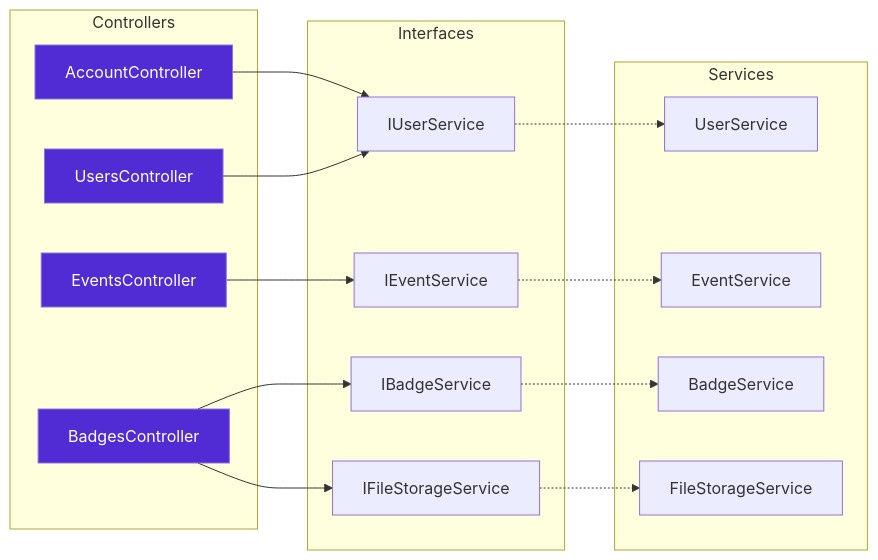
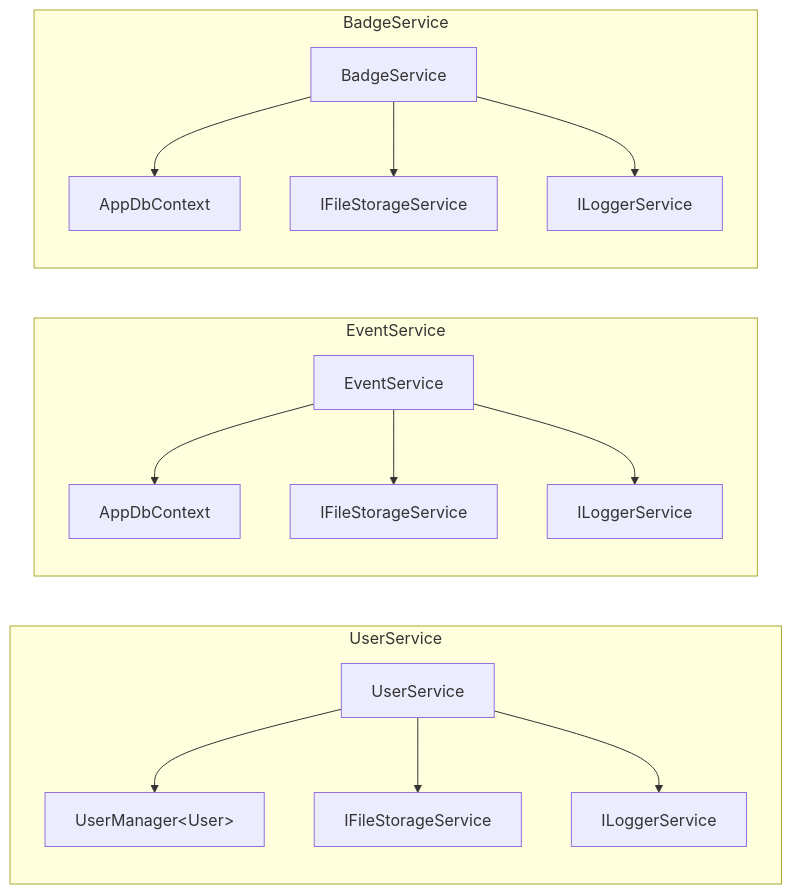
One commit to Demonrux/StudentCouncilPlatform changed the third of 6 diagrams in README.md. Above: the diagram before and after it, drawn with Mermaid. The commit also changed other lines of this file, not shown here.

````diff
--- a/README.md
+++ b/README.md
@@ -213,39 +261,35 @@
 ```mermaid
 flowchart LR
-    subgraph Controllers
-        AC[AccountController]
-        UC[UsersController]
-        EC[EventsController]
-        BC[BadgesController]
+    subgraph UserService
+        US[UserService]
+        UM[UserManager&lt;User&gt;]
+        UFS[IFileStorageService]
+        ULS[ILoggerService]
     end
 
-    subgraph Services
-        US[UserService]
+    subgraph EventService
         ES[EventService]
-        BS[BadgeService]
-        FS[FileStorageService]
+        ECtx[AppDbContext]
+        EFS[IFileStorageService]
+        ELS[ILoggerService]
     end
 
-    subgraph Interfaces
-        IUS[IUserService]
-        IES[IEventService]
-        IBS[IBadgeService]
-        IFS[IFileStorageService]
+    subgraph BadgeService
+        BS[BadgeService]
+        BCtx[AppDbContext]
+        BFS[IFileStorageService]
+        BLS[ILoggerService]
     end
 
-    AC --> IUS
-    UC --> IUS
-    EC --> IES
-    BC --> IBS
-    BC --> IFS
+    US --> UM
+    US --> UFS
+    US --> ULS
 
-    IUS -.-> US
-    IES -.-> ES
-    IBS -.-> BS
-    IFS -.-> FS
+    ES --> ECtx
+    ES --> EFS
+    ES --> ELS
 
-    style AC fill:#512BD4,color:#fff
-    style UC fill:#512BD4,color:#fff
-    style EC fill:#512BD4,color:#fff
-    style BC fill:#512BD4,color:#fff
+    BS --> BCtx
+    BS --> BFS
+    BS --> BLS
 ```
````
